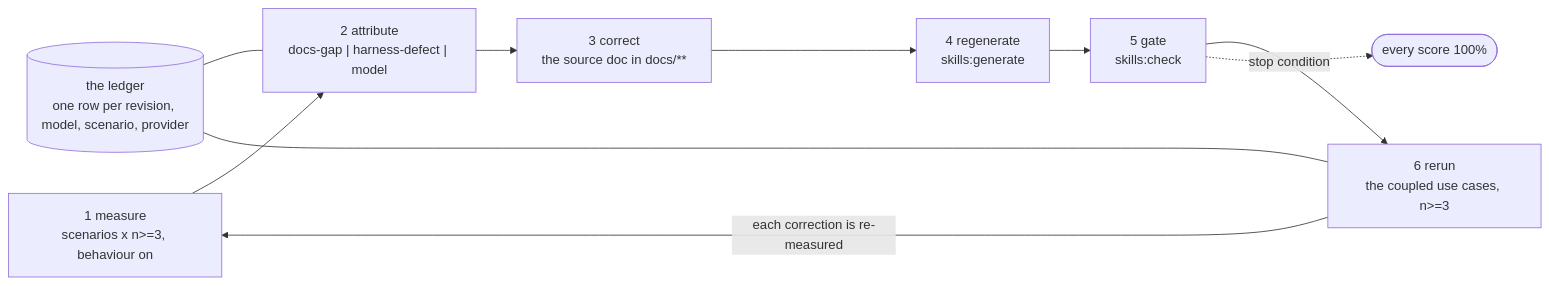
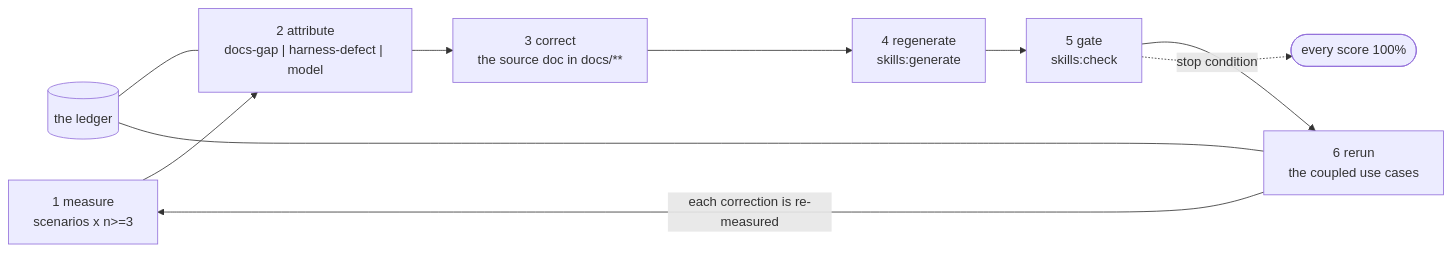
The diagram in docs/fundamentals/node-tools/recursive-skill-improvement/index.md (ing-bank/lion), drawn with Mermaid before and after one commit. The commit also changed other lines of this file, not shown here.

Commit message:
docs(recursive-skill-improvement): short and sharp - flow first, the ledger in full detail

````diff
--- a/docs/fundamentals/node-tools/recursive-skill-improvement/index.md
+++ b/docs/fundamentals/node-tools/recursive-skill-improvement/index.md
@@ -191,12 +17,12 @@
 ```mermaid
 flowchart LR
-  M["1 measure<br/>scenarios x n>=3, behaviour on"] --> A["2 attribute<br/>docs-gap | harness-defect | model"]
+  M["1 measure<br/>scenarios x n>=3"] --> A["2 attribute<br/>docs-gap | harness-defect | model"]
   A --> C["3 correct<br/>the source doc in docs/**"]
   C --> R["4 regenerate<br/>skills:generate"]
   R --> G["5 gate<br/>skills:check"]
-  G --> N["6 rerun<br/>the coupled use cases, n>=3"]
-  N -->|"each correction is re-measured"| M
-  L[("the ledger<br/>one row per revision, model, scenario, provider")] --- A
+  G --> N["6 rerun<br/>the coupled use cases"]
+  N -->|each correction is re-measured| M
+  L[("the ledger")] --- A
   L --- N
-  G -.->|"stop condition"| X(["every score 100%"])
+  G -.->|stop condition| X(["every score 100%"])
 ```
````
